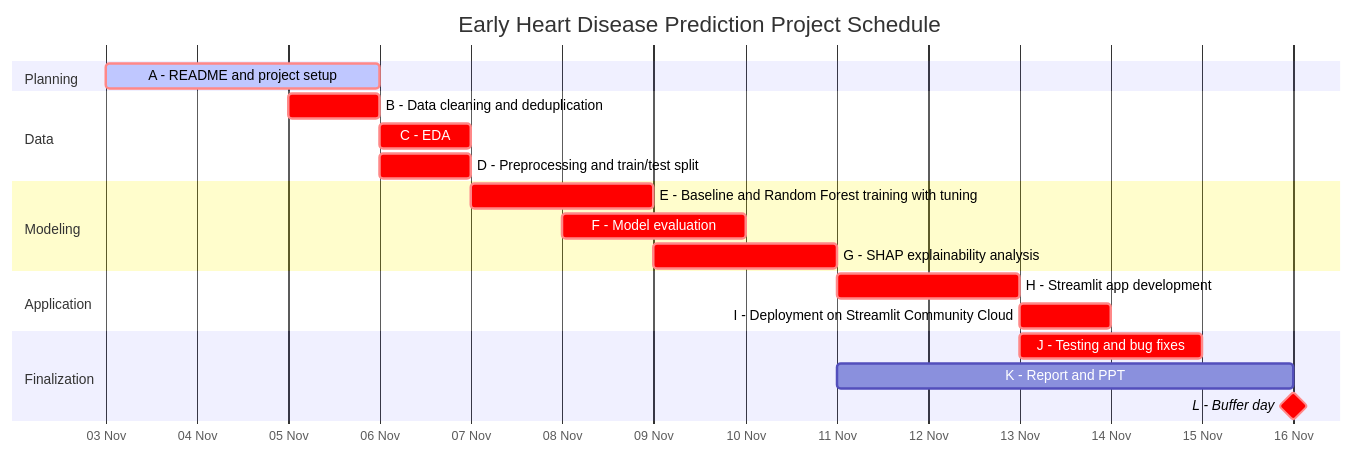
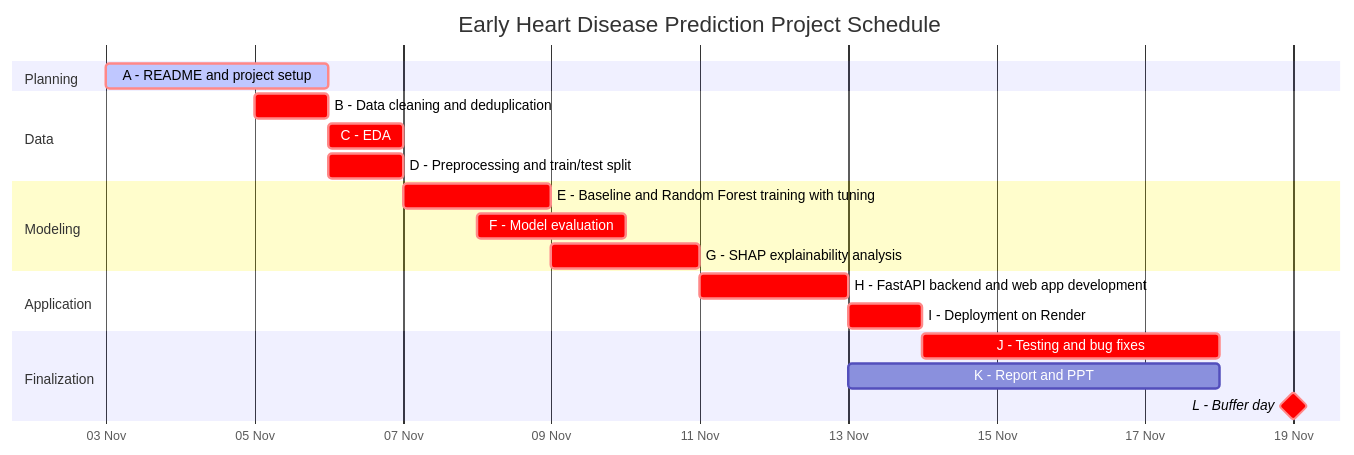
The first of 2 diagrams in README.md (Ram-bhardwaj12/Heart-Disease-Risk), drawn with Mermaid before and after one commit. The commit also changed other lines of this file, not shown here.

Commit message:
Update submission deadline to 19 Nov 2026 and modernize schedule to FastAPI on Render

````diff
--- a/README.md
+++ b/README.md
@@ -201,28 +202,28 @@
 ```mermaid
 gantt
     dateFormat  YYYY-MM-DD
     axisFormat  %d %b
     title       Early Heart Disease Prediction Project Schedule
 
     section Planning
     A - README and project setup                  :crit, active, 2026-11-03, 3d
 
     section Data
     B - Data cleaning and deduplication          :crit, 2026-11-05, 1d
     C - EDA                                      :crit, 2026-11-06, 1d
     D - Preprocessing and train/test split       :crit, 2026-11-06, 1d
 
     section Modeling
     E - Baseline and Random Forest training with tuning :crit, 2026-11-07, 2d
     F - Model evaluation                         :crit, 2026-11-08, 2d
     G - SHAP explainability analysis             :crit, 2026-11-09, 2d
 
     section Application
-    H - Streamlit app development                :crit, 2026-11-11, 2d
-    I - Deployment on Streamlit Community Cloud  :crit, 2026-11-13, 1d
+    H - FastAPI backend and web app development  :crit, 2026-11-11, 2d
+    I - Deployment on Render                     :crit, 2026-11-13, 1d
 
     section Finalization
-    J - Testing and bug fixes                    :crit, 2026-11-13, 2d
-    K - Report and PPT                           :2026-11-11, 5d
-    L - Buffer day                               :crit, milestone, 2026-11-16, 0d
+    J - Testing and bug fixes                    :crit, 2026-11-14, 4d
+    K - Report and PPT                           :2026-11-13, 5d
+    L - Buffer day                               :crit, milestone, 2026-11-19, 0d
 ```
````
